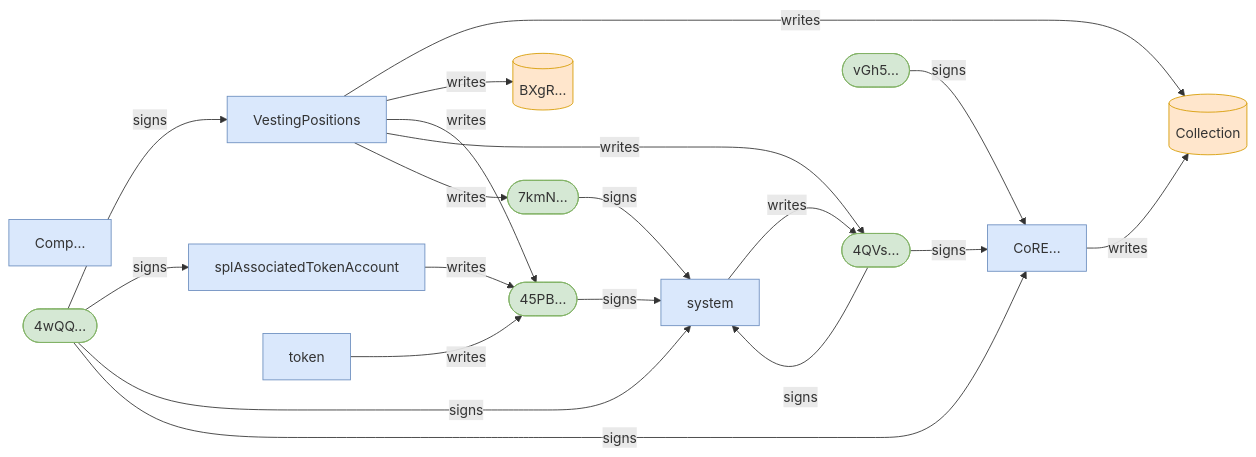
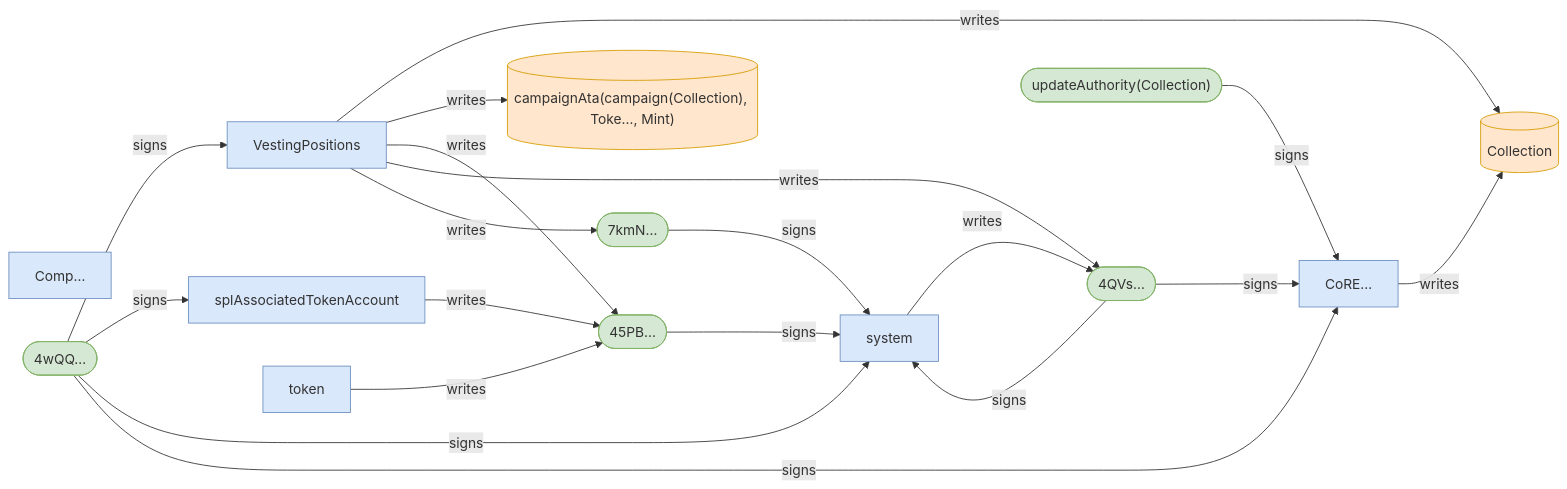
Before and after one commit to cds-turbin3/vesting-position: the fifth of 6 diagrams in babelfish-tests/test-report/before_cliff_transfers_zero.md, drawn with Mermaid. The commit also changed other lines of this file and 51 other files, not shown here.

````diff
--- a/babelfish-tests/test-report/before_cliff_transfers_zero.md
+++ b/babelfish-tests/test-report/before_cliff_transfers_zero.md
@@ -286,37 +239,37 @@
 ```mermaid
 flowchart LR
     Comp["Comp…"]:::program
     VestingPositions["VestingPositions"]:::program
     4wQQ(["4wQQ…"]):::signer
     Collection[("Collection")]:::state
-    BXgR[("BXgR…")]:::state
+    campaignAtacampaignCollectionTokeMint[("campaignAta(campaign(Collection), Toke…, Mint)")]:::state
     45PB(["45PB…"]):::signer
     4QVs(["4QVs…"]):::signer
     7kmN(["7kmN…"]):::signer
     splAssociatedTokenAccount["splAssociatedTokenAccount"]:::program
     token["token"]:::program
     system["system"]:::program
     CoRE["CoRE…"]:::program
-    vGh5(["vGh5…"]):::signer
+    updateAuthorityCollection(["updateAuthority(Collection)"]):::signer
     4wQQ -->|signs| VestingPositions
     VestingPositions -->|writes| Collection
-    VestingPositions -->|writes| BXgR
+    VestingPositions -->|writes| campaignAtacampaignCollectionTokeMint
     VestingPositions -->|writes| 45PB
     VestingPositions -->|writes| 4QVs
     VestingPositions -->|writes| 7kmN
     4wQQ -->|signs| splAssociatedTokenAccount
     splAssociatedTokenAccount -->|writes| 45PB
     4wQQ -->|signs| system
     45PB -->|signs| system
     token -->|writes| 45PB
     7kmN -->|signs| system
     4QVs -->|signs| CoRE
     CoRE -->|writes| Collection
-    vGh5 -->|signs| CoRE
+    updateAuthorityCollection -->|signs| CoRE
     4wQQ -->|signs| CoRE
     4QVs -->|signs| system
     system -->|writes| 4QVs
     classDef program fill:#dae8fc,stroke:#6c8ebf;
     classDef signer fill:#d5e8d4,stroke:#82b366;
     classDef state fill:#ffe6cc,stroke:#d79b00;
 ```
````
